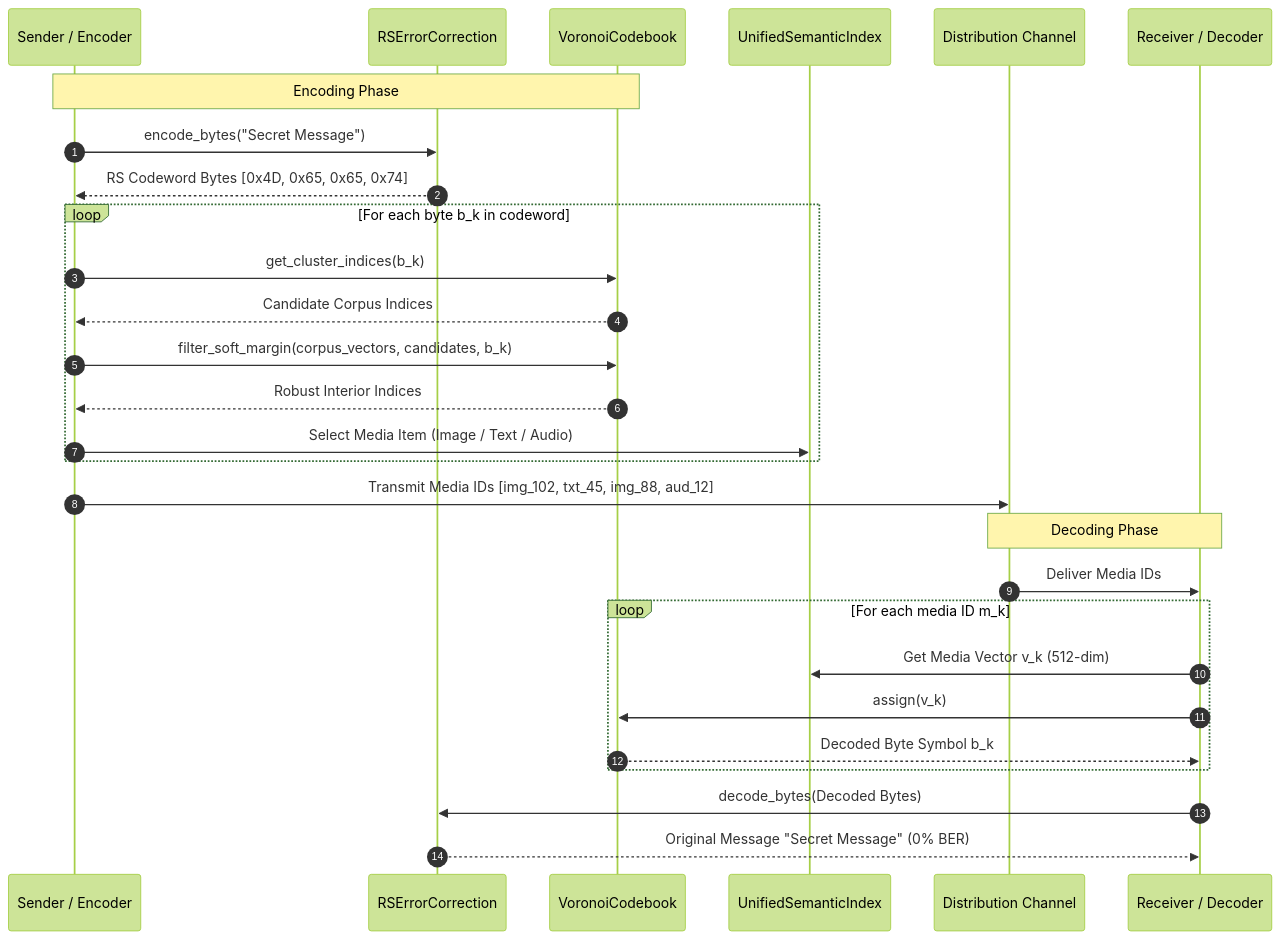
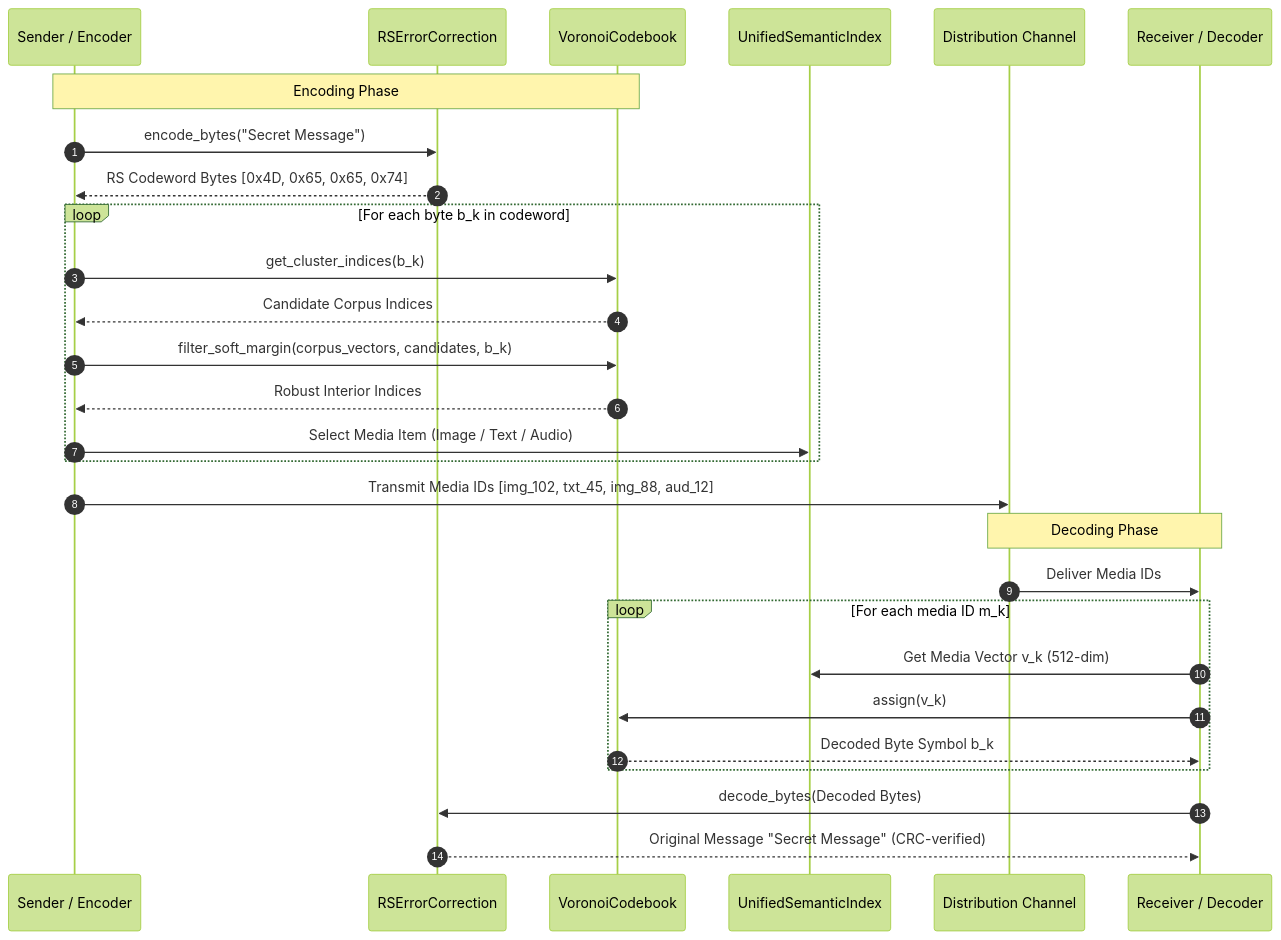
One commit to jeevan4476/DCASS changed the second of 2 diagrams in docs/guides/VCP_IMPLEMENTATION_GUIDE.md. Above: the diagram before and after it, drawn with Mermaid (forest theme). The commit also changed other lines of this file and 271 other files, not shown here.

````diff
--- a/docs/guides/VCP_IMPLEMENTATION_GUIDE.md
+++ b/docs/guides/VCP_IMPLEMENTATION_GUIDE.md
@@ -268,32 +270,32 @@
 ```mermaid
 sequenceDiagram
     autonumber
     participant Alice as Sender / Encoder
     participant RS as RSErrorCorrection
     participant VCP as VoronoiCodebook
     participant Index as UnifiedSemanticIndex
     participant Channel as Distribution Channel
     participant Bob as Receiver / Decoder
 
     Note over Alice, VCP: Encoding Phase
     Alice->>RS: encode_bytes("Secret Message")
     RS-->>Alice: RS Codeword Bytes [0x4D, 0x65, 0x65, 0x74]
     loop For each byte b_k in codeword
         Alice->>VCP: get_cluster_indices(b_k)
         VCP-->>Alice: Candidate Corpus Indices
         Alice->>VCP: filter_soft_margin(corpus_vectors, candidates, b_k)
         VCP-->>Alice: Robust Interior Indices
         Alice->>Index: Select Media Item (Image / Text / Audio)
     end
     Alice->>Channel: Transmit Media IDs [img_102, txt_45, img_88, aud_12]
 
     Note over Channel, Bob: Decoding Phase
     Channel->>Bob: Deliver Media IDs
     loop For each media ID m_k
         Bob->>Index: Get Media Vector v_k (512-dim)
         Bob->>VCP: assign(v_k)
         VCP-->>Bob: Decoded Byte Symbol b_k
     end
     Bob->>RS: decode_bytes(Decoded Bytes)
-    RS-->>Bob: Original Message "Secret Message" (0% BER)
+    RS-->>Bob: Original Message "Secret Message" (CRC-verified)
 ```
````
